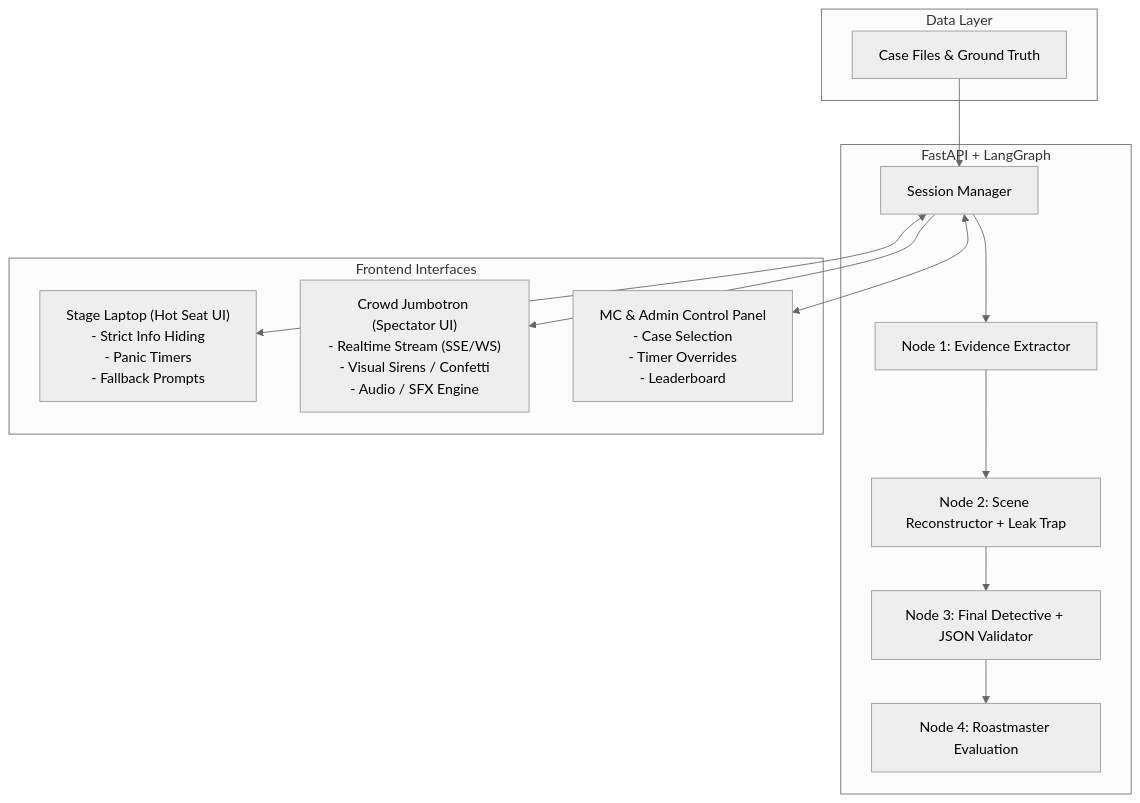
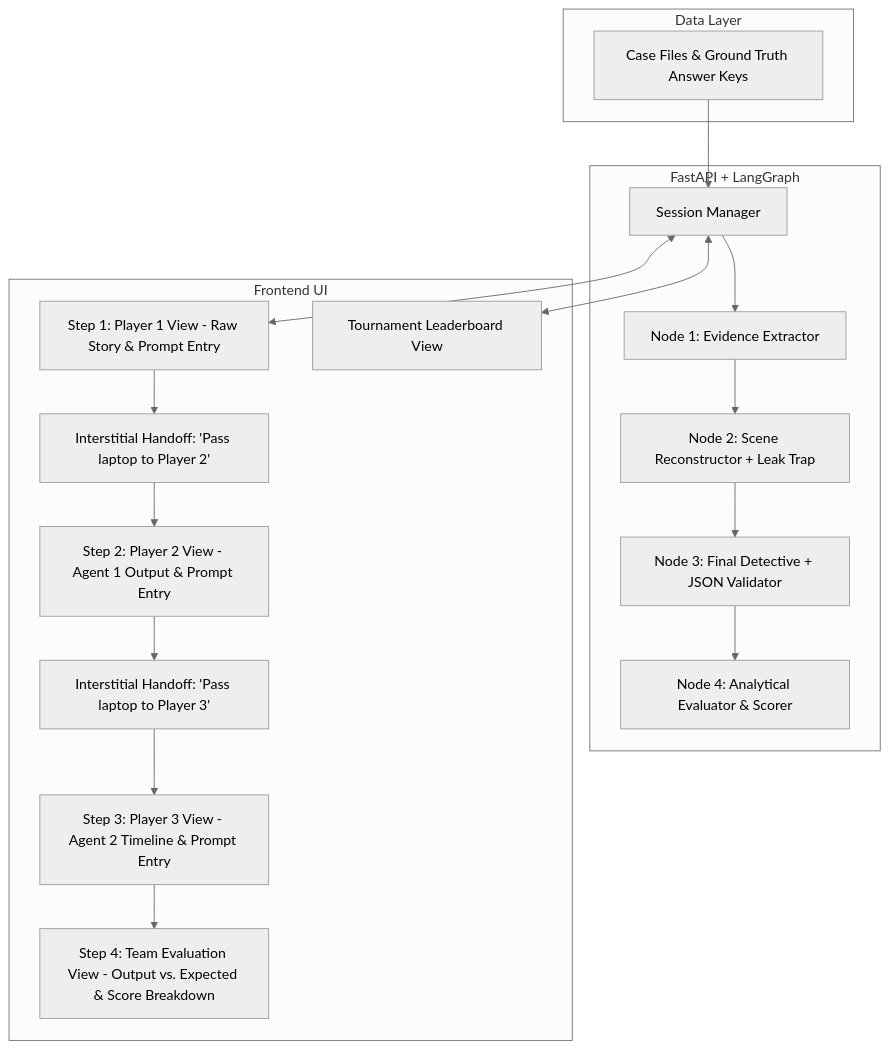
The diagram in project_phases.md (SubhamJM/PromptRelayTZ), drawn with Mermaid (neutral theme) before and after one commit. The commit also changed other lines of this file and 13 other files, not shown here.

Commit message:
added story and prompts

````diff
--- a/project_phases.md
+++ b/project_phases.md
@@ -9,26 +9,30 @@
 ```mermaid
 flowchart TD
     subgraph Data Layer
-        C[Case Files & Ground Truth]
+        C[Case Files & Ground Truth Answer Keys]
     end
 
     subgraph Backend Core [FastAPI + LangGraph]
         S[Session Manager]
         N1[Node 1: Evidence Extractor]
         N2[Node 2: Scene Reconstructor + Leak Trap]
         N3[Node 3: Final Detective + JSON Validator]
-        R[Node 4: Roastmaster Evaluation]
+        N4[Node 4: Analytical Evaluator & Scorer]
     end
 
-    subgraph Frontend Interfaces
-        UI_HotSeat["Stage Laptop (Hot Seat UI)\n- Strict Info Hiding\n- Panic Timers\n- Fallback Prompts"]
-        UI_Jumbotron["Crowd Jumbotron (Spectator UI)\n- Realtime Stream (SSE/WS)\n- Visual Sirens / Confetti\n- Audio / SFX Engine"]
-        UI_Admin["MC & Admin Control Panel\n- Case Selection\n- Timer Overrides\n- Leaderboard"]
+    subgraph Single Laptop Station [Frontend UI]
+        W1[Step 1: Player 1 View - Raw Story & Prompt Entry]
+        H1[Interstitial Handoff: 'Pass laptop to Player 2']
+        W2[Step 2: Player 2 View - Agent 1 Output & Prompt Entry]
+        H2[Interstitial Handoff: 'Pass laptop to Player 3']
+        W3[Step 3: Player 3 View - Agent 2 Timeline & Prompt Entry]
+        W4[Step 4: Team Evaluation View - Output vs. Expected & Score Breakdown]
+        LB[Tournament Leaderboard View]
     end
 
     C --> S
-    S --> N1 --> N2 --> N3 --> R
-    S <--> UI_HotSeat
-    S --> UI_Jumbotron
-    S <--> UI_Admin
+    S --> N1 --> N2 --> N3 --> N4
+    S <--> W1
+    W1 --> H1 --> W2 --> H2 --> W3 --> W4
+    S <--> LB
 ```
````
